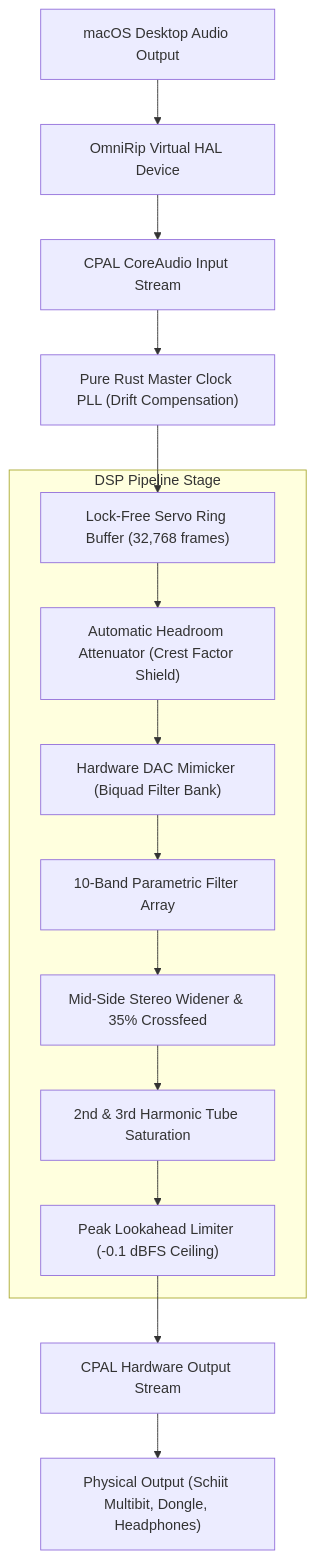
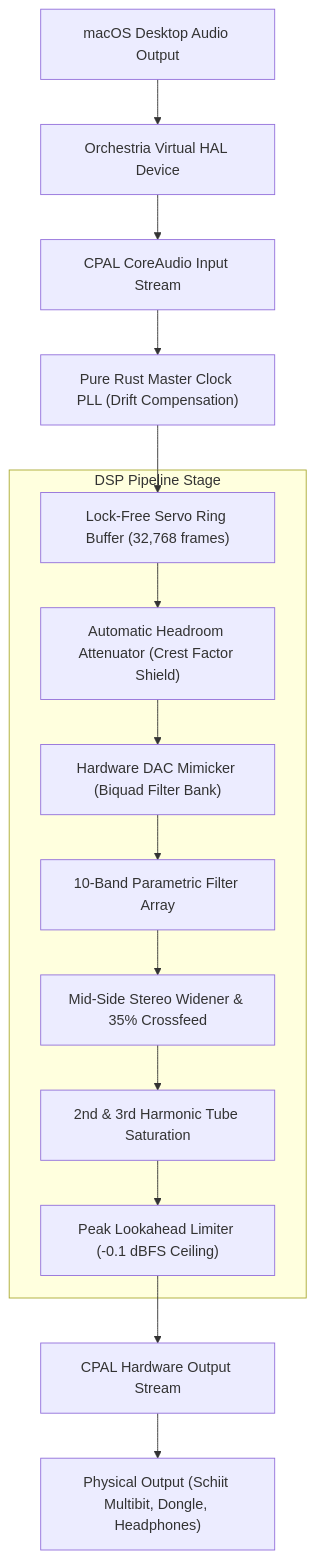
One commit to abdullah-binmadhi/OmniRip changed the third of 6 diagrams in docs/DOWNLOAD_AND_SETUP_GUIDE.md. Above: the diagram before and after it, drawn with Mermaid. The commit also changed other lines of this file and 77 other files, not shown here.

First line of the commit message:
feat: rebrand OmniRip to Orchestria and fix macOS CI/release runners

````diff
--- a/docs/DOWNLOAD_AND_SETUP_GUIDE.md
+++ b/docs/DOWNLOAD_AND_SETUP_GUIDE.md
@@ -209,20 +209,20 @@
 ```mermaid
 flowchart TD
-    CoreAudio["macOS Desktop Audio Output"] --> VirtualDev["OmniRip Virtual HAL Device"]
+    CoreAudio["macOS Desktop Audio Output"] --> VirtualDev["Orchestria Virtual HAL Device"]
     VirtualDev --> CPALInput["CPAL CoreAudio Input Stream"]
     
     CPALInput --> ClockPLL["Pure Rust Master Clock PLL (Drift Compensation)"]
     ClockPLL --> RingBuffer["Lock-Free Servo Ring Buffer (32,768 frames)"]
     
     subgraph DSPProcessing["DSP Pipeline Stage"]
         RingBuffer --> Headroom["Automatic Headroom Attenuator (Crest Factor Shield)"]
         Headroom --> DACStage["Hardware DAC Mimicker (Biquad Filter Bank)"]
         DACStage --> BiquadEQ["10-Band Parametric Filter Array"]
         BiquadEQ --> SpatialStage["Mid-Side Stereo Widener & 35% Crossfeed"]
         SpatialStage --> HarmonicStage["2nd & 3rd Harmonic Tube Saturation"]
         HarmonicStage --> Brickwall["Peak Lookahead Limiter (-0.1 dBFS Ceiling)"]
     end
 
     Brickwall --> CPALOutput["CPAL Hardware Output Stream"]
     CPALOutput --> ExternalDAC["Physical Output (Schiit Multibit, Dongle, Headphones)"]
 ```
````
